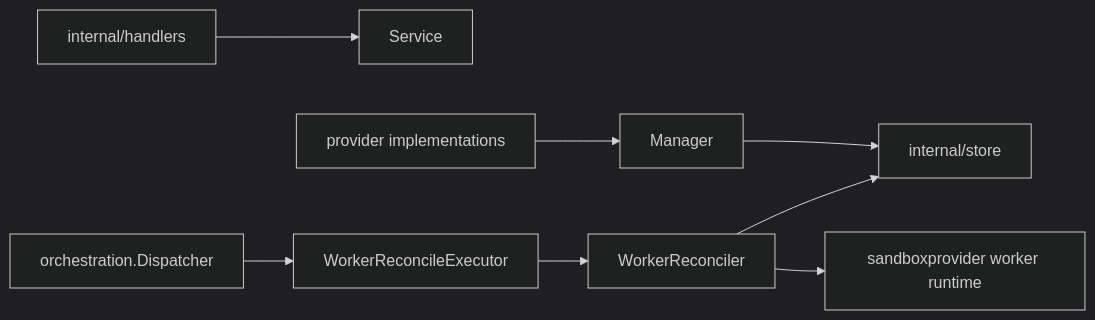
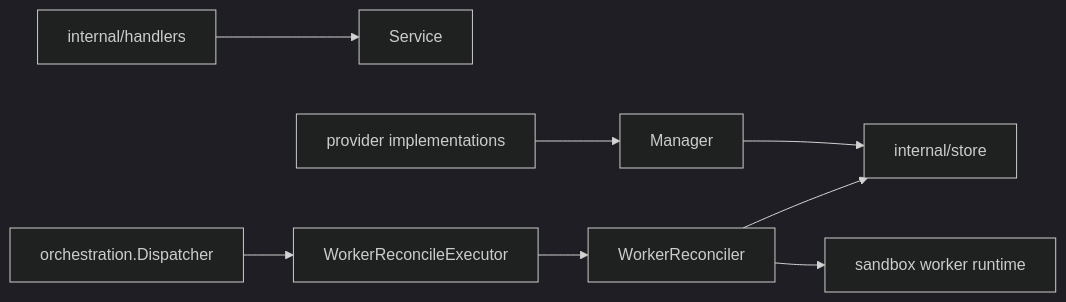
One commit to discobox-ai/discobox changed the diagram in server/internal/resources/workers/DESIGN.md. Above: the diagram before and after it, drawn with Mermaid (dark theme). The commit also changed 139 other files, not shown here.

````diff
--- a/server/internal/resources/workers/DESIGN.md
+++ b/server/internal/resources/workers/DESIGN.md
@@ -8,10 +8,10 @@
 ```mermaid
 flowchart LR
     api[internal/handlers] --> service[Service]
     providers[provider implementations] --> manager[Manager]
     dispatcher[orchestration.Dispatcher] --> executor[WorkerReconcileExecutor]
     executor --> reconciler[WorkerReconciler]
     manager --> store[internal/store]
     reconciler --> store
-    reconciler --> runtime[sandboxprovider worker runtime]
+    reconciler --> runtime[sandbox worker runtime]
 ```
````
